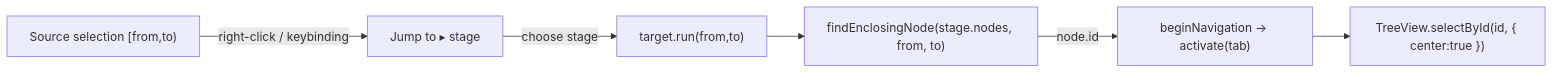
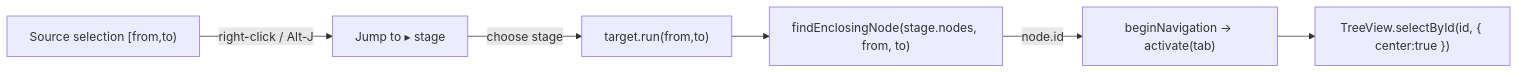
Before and after one commit to pengzhengyi/dialoguedown: the diagram in docs/contributing/design-notes/Live Visualization - Reverse Jump.md, drawn with Mermaid. The commit also changed other lines of this file and 3 other files, not shown here.

````diff
--- a/docs/contributing/design-notes/Live Visualization - Reverse Jump.md
+++ b/docs/contributing/design-notes/Live Visualization - Reverse Jump.md
@@ -97,8 +96,8 @@
 ```mermaid
 flowchart LR
-    sel["Source selection [from,to)"] -->|right-click / keybinding| menu["Jump to ▸ stage"]
+    sel["Source selection [from,to)"] -->|right-click / Alt-J| menu["Jump to ▸ stage"]
     menu -->|choose stage| run["target.run(from,to)"]
     run --> find["findEnclosingNode(stage.nodes, from, to)"]
     find -->|node.id| nav["beginNavigation → activate(tab)"]
     nav --> reveal["TreeView.selectById(id, { center:true })"]
 ```
````
